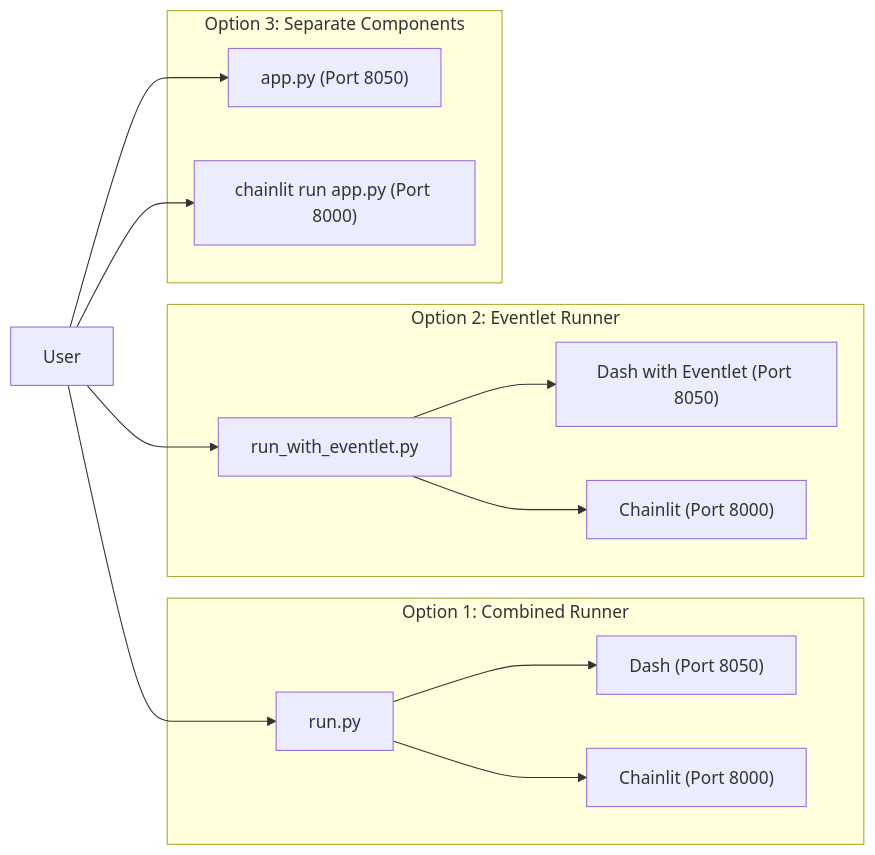
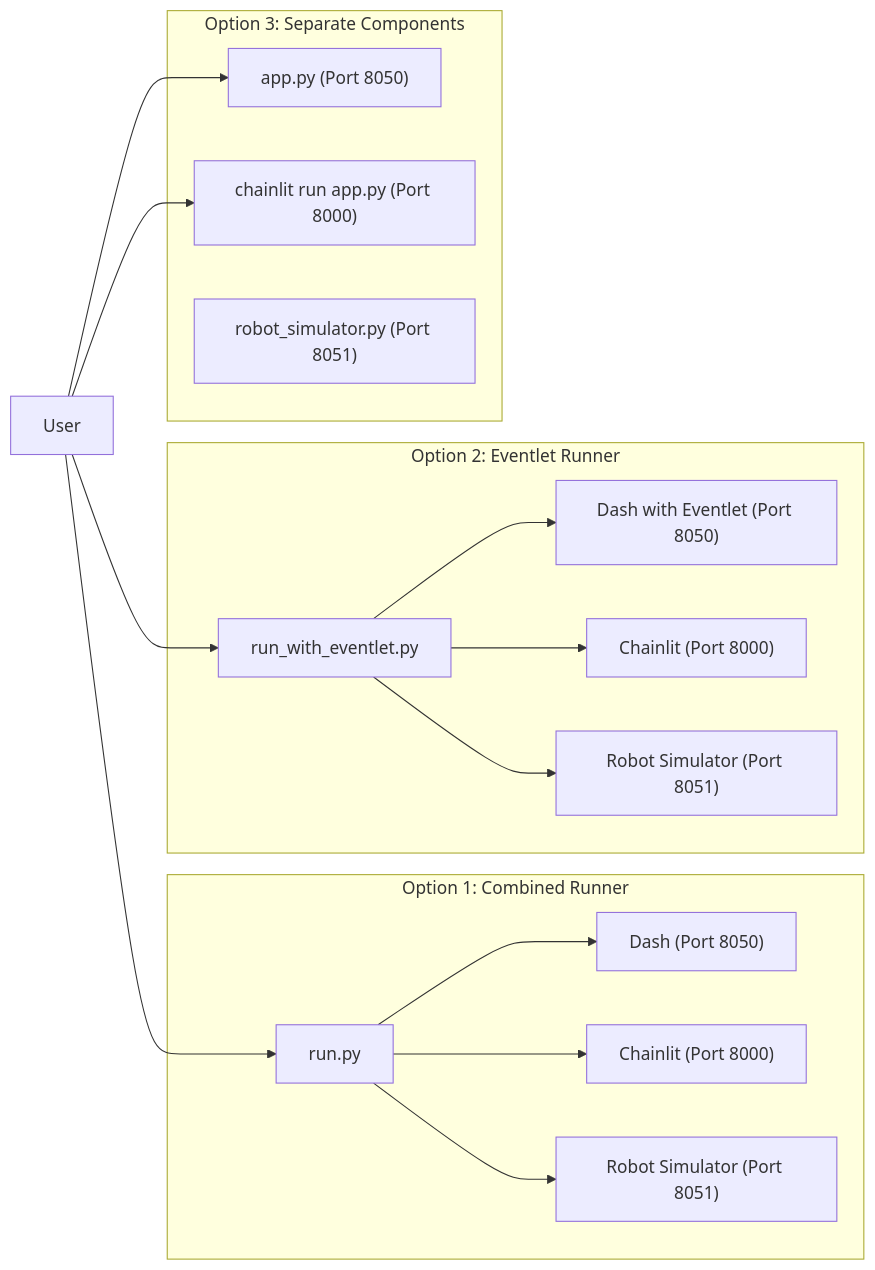
The third of 4 diagrams in Infrastructure.md (EmmaAdjei007/cafe-neo), drawn with Mermaid before and after one commit. The commit also changed other lines of this file, not shown here.

Commit message:
improve the infra structure to include robot version

````diff
--- a/Infrastructure.md
+++ b/Infrastructure.md
@@ -143,26 +172,29 @@
 ```mermaid
 flowchart LR
     User["User"]
     
     subgraph "Option 1: Combined Runner"
         Run["run.py"]
         Run --> DashApp1["Dash (Port 8050)"]
         Run --> ChainlitApp1["Chainlit (Port 8000)"]
+        Run --> RobotSim1["Robot Simulator (Port 8051)"]
     end
     
     subgraph "Option 2: Eventlet Runner"
         RunEventlet["run_with_eventlet.py"]
         RunEventlet --> DashApp2["Dash with Eventlet (Port 8050)"]
         RunEventlet --> ChainlitApp2["Chainlit (Port 8000)"]
+        RunEventlet --> RobotSim2["Robot Simulator (Port 8051)"]
     end
     
     subgraph "Option 3: Separate Components"
         DashApp3["app.py (Port 8050)"]
         ChainlitApp3["chainlit run app.py (Port 8000)"]
+        RobotSim3["robot_simulator.py (Port 8051)"]
     end
     
     User --> Run
     User --> RunEventlet
     User --> DashApp3
     User --> ChainlitApp3
 ```
````
